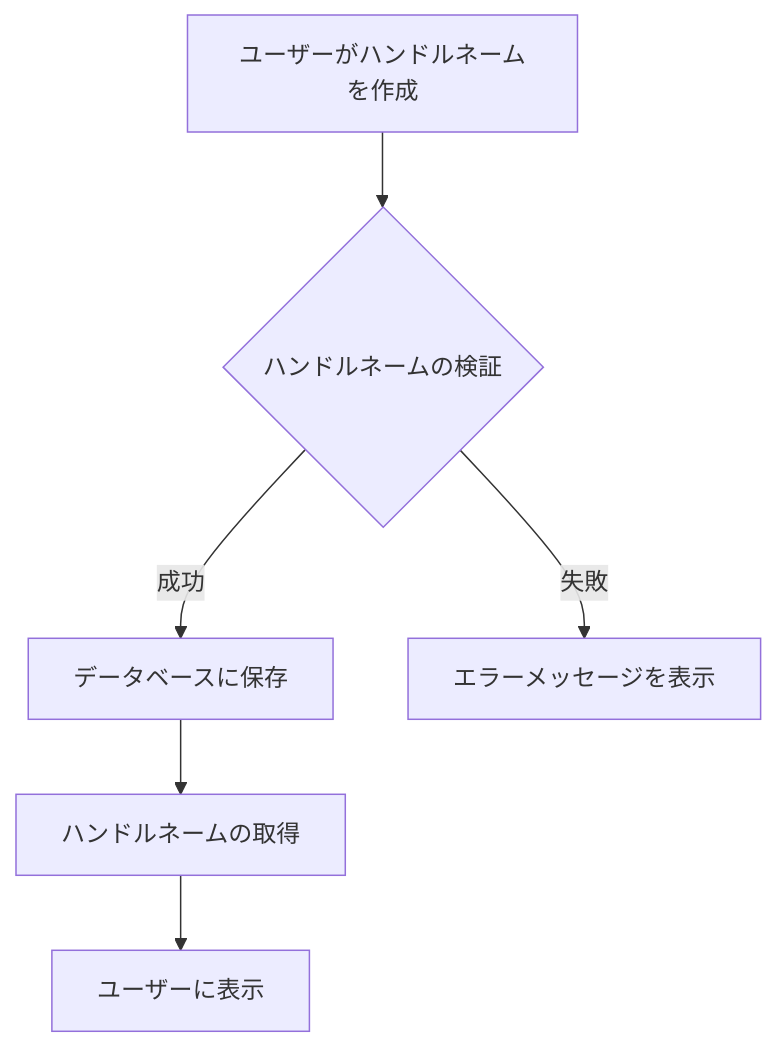
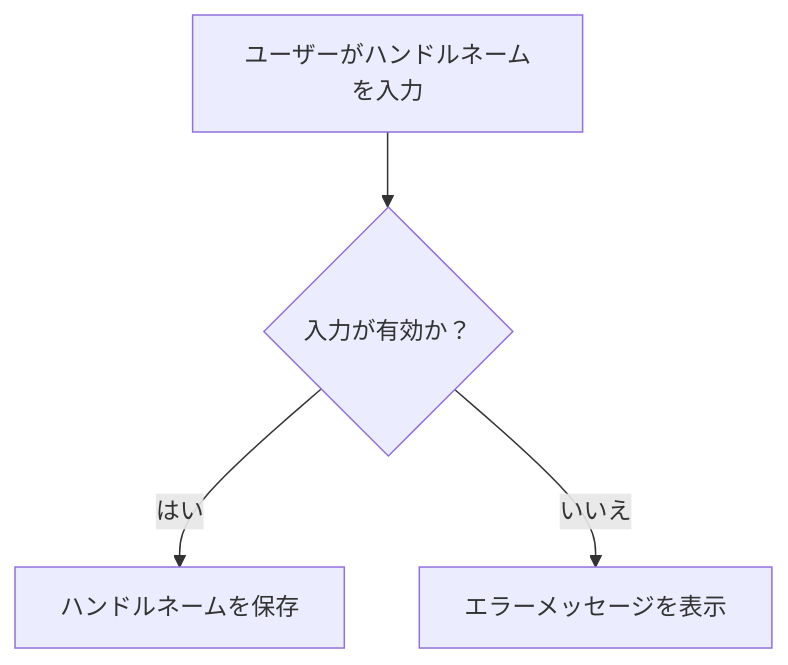
One commit to amata1219/autodoc-test changed the diagram in .docs/src/ハンドルネーム.md. Above: the diagram before and after it, drawn with Mermaid. The commit also changed other lines of this file and 9 other files, not shown here.

````diff
--- a/.docs/src/ハンドルネーム.md
+++ b/.docs/src/ハンドルネーム.md
@@ -21,8 +21,6 @@
 ```mermaid
 graph TD;
-    A[ユーザーがハンドルネームを作成] --> B{ハンドルネームの検証};
-    B -- 成功 --> C[データベースに保存];
-    B -- 失敗 --> D[エラーメッセージを表示];
-    C --> E[ハンドルネームの取得];
-    E --> F[ユーザーに表示];
+    A[ユーザーがハンドルネームを入力] --> B{入力が有効か？};
+    B -- はい --> C[ハンドルネームを保存];
+    B -- いいえ --> D[エラーメッセージを表示];
 ```
````
